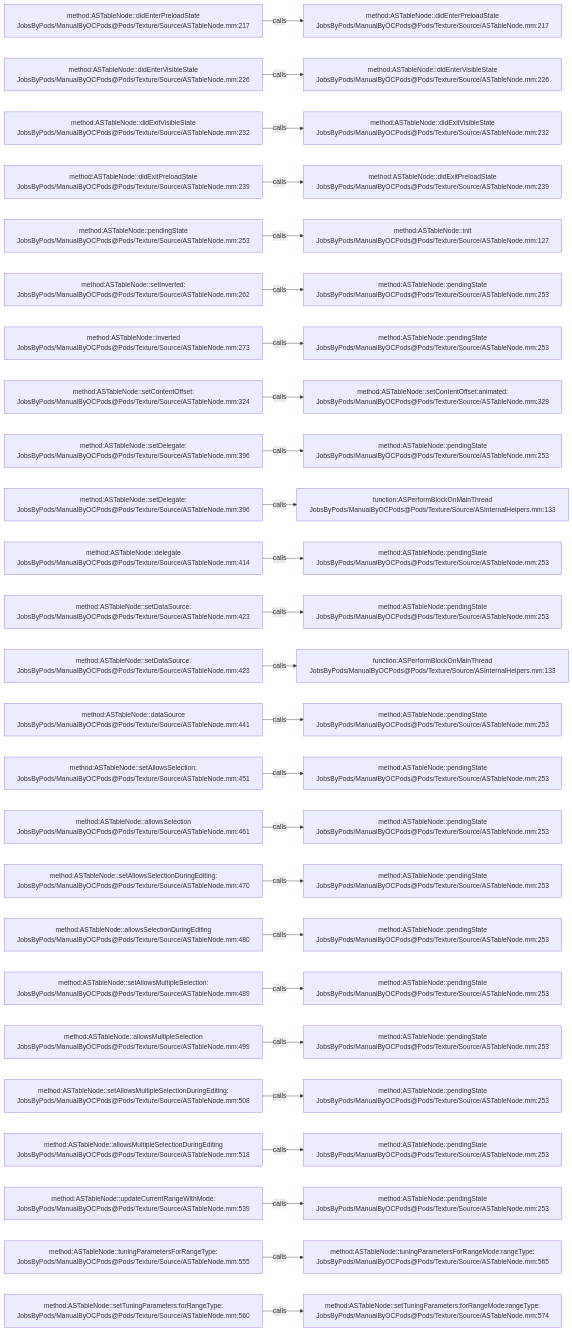
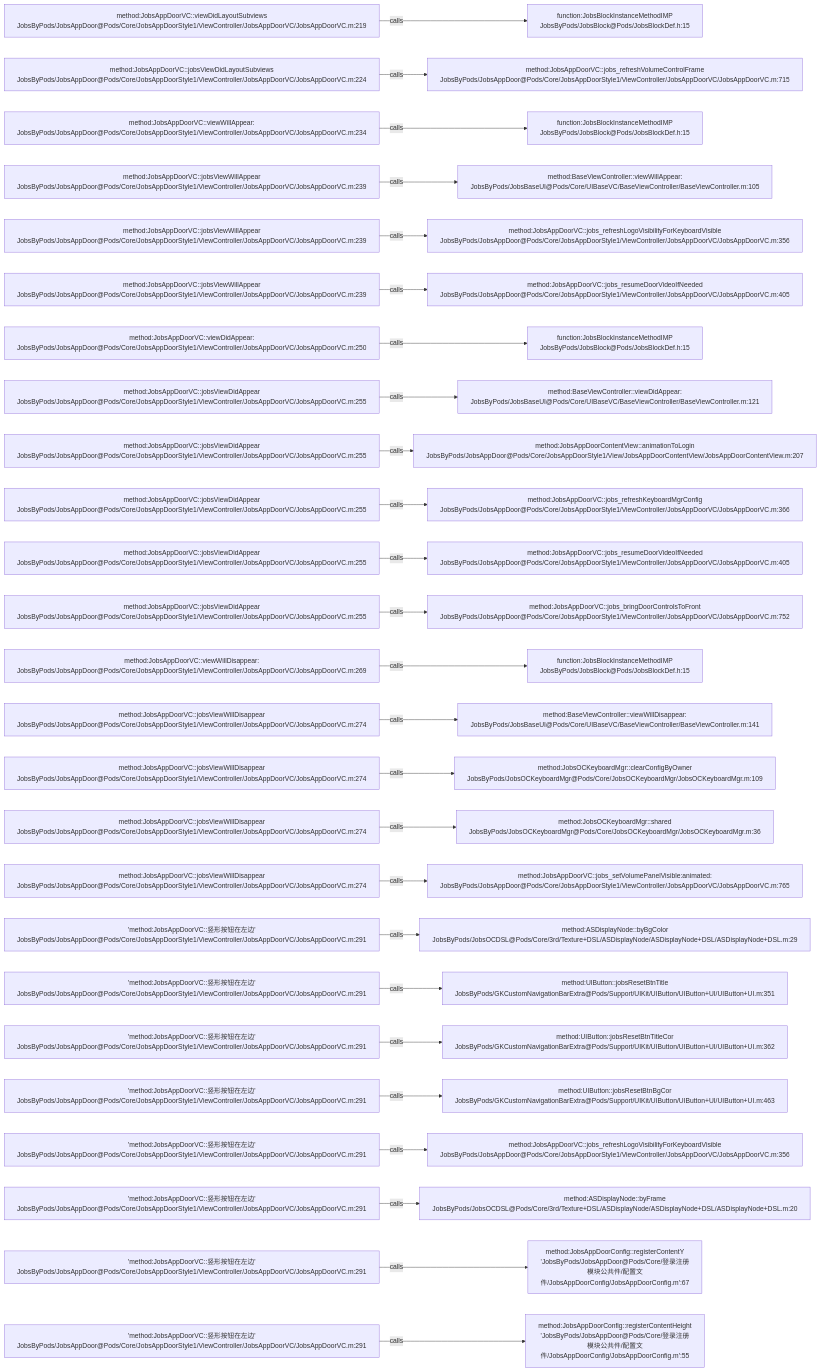
The diagram in .codegraph/codegraph.md/graphs/calls-108.md (JobsKits/JobsOCBaseConfigDemo), drawn with Mermaid before and after one commit. The commit also changed 768 other files, not shown here.

````diff
--- a/.codegraph/codegraph.md/graphs/calls-108.md
+++ b/.codegraph/codegraph.md/graphs/calls-108.md
@@ -13,78 +13,78 @@
 ```mermaid
 flowchart LR
-  S1["method:ASTableNode::didEnterPreloadState<br/>JobsByPods/ManualByOCPods@Pods/Texture/Source/ASTableNode.mm:217"]
-  T1["method:ASTableNode::didEnterPreloadState<br/>JobsByPods/ManualByOCPods@Pods/Texture/Source/ASTableNode.mm:217"]
+  S1["method:JobsAppDoorVC::viewDidLayoutSubviews<br/>JobsByPods/JobsAppDoor@Pods/Core/JobsAppDoorStyle1/ViewController/JobsAppDoorVC/JobsAppDoorVC.m:219"]
+  T1["function:JobsBlockInstanceMethodIMP<br/>JobsByPods/JobsBlock@Pods/JobsBlockDef.h:15"]
   S1 -->|calls| T1
-  S2["method:ASTableNode::didEnterVisibleState<br/>JobsByPods/ManualByOCPods@Pods/Texture/Source/ASTableNode.mm:226"]
-  T2["method:ASTableNode::didEnterVisibleState<br/>JobsByPods/ManualByOCPods@Pods/Texture/Source/ASTableNode.mm:226"]
+  S2["method:JobsAppDoorVC::jobsViewDidLayoutSubviews<br/>JobsByPods/JobsAppDoor@Pods/Core/JobsAppDoorStyle1/ViewController/JobsAppDoorVC/JobsAppDoorVC.m:224"]
+  T2["method:JobsAppDoorVC::jobs_refreshVolumeControlFrame<br/>JobsByPods/JobsAppDoor@Pods/Core/JobsAppDoorStyle1/ViewController/JobsAppDoorVC/JobsAppDoorVC.m:715"]
   S2 -->|calls| T2
-  S3["method:ASTableNode::didExitVisibleState<br/>JobsByPods/ManualByOCPods@Pods/Texture/Source/ASTableNode.mm:232"]
-  T3["method:ASTableNode::didExitVisibleState<br/>JobsByPods/ManualByOCPods@Pods/Texture/Source/ASTableNode.mm:232"]
+  S3["method:JobsAppDoorVC::viewWillAppear:<br/>JobsByPods/JobsAppDoor@Pods/Core/JobsAppDoorStyle1/ViewController/JobsAppDoorVC/JobsAppDoorVC.m:234"]
+  T3["function:JobsBlockInstanceMethodIMP<br/>JobsByPods/JobsBlock@Pods/JobsBlockDef.h:15"]
   S3 -->|calls| T3
-  S4["method:ASTableNode::didExitPreloadState<br/>JobsByPods/ManualByOCPods@Pods/Texture/Source/ASTableNode.mm:239"]
-  T4["method:ASTableNode::didExitPreloadState<br/>JobsByPods/ManualByOCPods@Pods/Texture/Source/ASTableNode.mm:239"]
+  S4["method:JobsAppDoorVC::jobsViewWillAppear<br/>JobsByPods/JobsAppDoor@Pods/Core/JobsAppDoorStyle1/ViewController/JobsAppDoorVC/JobsAppDoorVC.m:239"]
+  T4["method:BaseViewController::viewWillAppear:<br/>JobsByPods/JobsBaseUI@Pods/Core/UIBaseVC/BaseViewController/BaseViewController.m:105"]
   S4 -->|calls| T4
-  S5["method:ASTableNode::pendingState<br/>JobsByPods/ManualByOCPods@Pods/Texture/Source/ASTableNode.mm:253"]
-  T5["method:ASTableNode::init<br/>JobsByPods/ManualByOCPods@Pods/Texture/Source/ASTableNode.mm:127"]
+  S5["method:JobsAppDoorVC::jobsViewWillAppear<br/>JobsByPods/JobsAppDoor@Pods/Core/JobsAppDoorStyle1/ViewController/JobsAppDoorVC/JobsAppDoorVC.m:239"]
+  T5["method:JobsAppDoorVC::jobs_refreshLogoVisibilityForKeyboardVisible<br/>JobsByPods/JobsAppDoor@Pods/Core/JobsAppDoorStyle1/ViewController/JobsAppDoorVC/JobsAppDoorVC.m:356"]
   S5 -->|calls| T5
-  S6["method:ASTableNode::setInverted:<br/>JobsByPods/ManualByOCPods@Pods/Texture/Source/ASTableNode.mm:262"]
-  T6["method:ASTableNode::pendingState<br/>JobsByPods/ManualByOCPods@Pods/Texture/Source/ASTableNode.mm:253"]
+  S6["method:JobsAppDoorVC::jobsViewWillAppear<br/>JobsByPods/JobsAppDoor@Pods/Core/JobsAppDoorStyle1/ViewController/JobsAppDoorVC/JobsAppDoorVC.m:239"]
+  T6["method:JobsAppDoorVC::jobs_resumeDoorVideoIfNeeded<br/>JobsByPods/JobsAppDoor@Pods/Core/JobsAppDoorStyle1/ViewController/JobsAppDoorVC/JobsAppDoorVC.m:405"]
   S6 -->|calls| T6
-  S7["method:ASTableNode::inverted<br/>JobsByPods/ManualByOCPods@Pods/Texture/Source/ASTableNode.mm:273"]
-  T7["method:ASTableNode::pendingState<br/>JobsByPods/ManualByOCPods@Pods/Texture/Source/ASTableNode.mm:253"]
+  S7["method:JobsAppDoorVC::viewDidAppear:<br/>JobsByPods/JobsAppDoor@Pods/Core/JobsAppDoorStyle1/ViewController/JobsAppDoorVC/JobsAppDoorVC.m:250"]
+  T7["function:JobsBlockInstanceMethodIMP<br/>JobsByPods/JobsBlock@Pods/JobsBlockDef.h:15"]
   S7 -->|calls| T7
-  S8["method:ASTableNode::setContentOffset:<br/>JobsByPods/ManualByOCPods@Pods/Texture/Source/ASTableNode.mm:324"]
-  T8["method:ASTableNode::setContentOffset:animated:<br/>JobsByPods/ManualByOCPods@Pods/Texture/Source/ASTableNode.mm:329"]
+  S8["method:JobsAppDoorVC::jobsViewDidAppear<br/>JobsByPods/JobsAppDoor@Pods/Core/JobsAppDoorStyle1/ViewController/JobsAppDoorVC/JobsAppDoorVC.m:255"]
+  T8["method:BaseViewController::viewDidAppear:<br/>JobsByPods/JobsBaseUI@Pods/Core/UIBaseVC/BaseViewController/BaseViewController.m:121"]
   S8 -->|calls| T8
-  S9["method:ASTableNode::setDelegate:<br/>JobsByPods/ManualByOCPods@Pods/Texture/Source/ASTableNode.mm:396"]
-  T9["method:ASTableNode::pendingState<br/>JobsByPods/ManualByOCPods@Pods/Texture/Source/ASTableNode.mm:253"]
+  S9["method:JobsAppDoorVC::jobsViewDidAppear<br/>JobsByPods/JobsAppDoor@Pods/Core/JobsAppDoorStyle1/ViewController/JobsAppDoorVC/JobsAppDoorVC.m:255"]
+  T9["method:JobsAppDoorContentView::animationToLogin<br/>JobsByPods/JobsAppDoor@Pods/Core/JobsAppDoorStyle1/View/JobsAppDoorContentView/JobsAppDoorContentView.m:207"]
   S9 -->|calls| T9
-  S10["method:ASTableNode::setDelegate:<br/>JobsByPods/ManualByOCPods@Pods/Texture/Source/ASTableNode.mm:396"]
-  T10["function:ASPerformBlockOnMainThread<br/>JobsByPods/ManualByOCPods@Pods/Texture/Source/ASInternalHelpers.mm:133"]
+  S10["method:JobsAppDoorVC::jobsViewDidAppear<br/>JobsByPods/JobsAppDoor@Pods/Core/JobsAppDoorStyle1/ViewController/JobsAppDoorVC/JobsAppDoorVC.m:255"]
+  T10["method:JobsAppDoorVC::jobs_refreshKeyboardMgrConfig<br/>JobsByPods/JobsAppDoor@Pods/Core/JobsAppDoorStyle1/ViewController/JobsAppDoorVC/JobsAppDoorVC.m:366"]
   S10 -->|calls| T10
-  S11["method:ASTableNode::delegate<br/>JobsByPods/ManualByOCPods@Pods/Texture/Source/ASTableNode.mm:414"]
-  T11["method:ASTableNode::pendingState<br/>JobsByPods/ManualByOCPods@Pods/Texture/Source/ASTableNode.mm:253"]
+  S11["method:JobsAppDoorVC::jobsViewDidAppear<br/>JobsByPods/JobsAppDoor@Pods/Core/JobsAppDoorStyle1/ViewController/JobsAppDoorVC/JobsAppDoorVC.m:255"]
+  T11["method:JobsAppDoorVC::jobs_resumeDoorVideoIfNeeded<br/>JobsByPods/JobsAppDoor@Pods/Core/JobsAppDoorStyle1/ViewController/JobsAppDoorVC/JobsAppDoorVC.m:405"]
   S11 -->|calls| T11
-  S12["method:ASTableNode::setDataSource:<br/>JobsByPods/ManualByOCPods@Pods/Texture/Source/ASTableNode.mm:423"]
-  T12["method:ASTableNode::pendingState<br/>JobsByPods/ManualByOCPods@Pods/Texture/Source/ASTableNode.mm:253"]
+  S12["method:JobsAppDoorVC::jobsViewDidAppear<br/>JobsByPods/JobsAppDoor@Pods/Core/JobsAppDoorStyle1/ViewController/JobsAppDoorVC/JobsAppDoorVC.m:255"]
+  T12["method:JobsAppDoorVC::jobs_bringDoorControlsToFront<br/>JobsByPods/JobsAppDoor@Pods/Core/JobsAppDoorStyle1/ViewController/JobsAppDoorVC/JobsAppDoorVC.m:752"]
   S12 -->|calls| T12
-  S13["method:ASTableNode::setDataSource:<br/>JobsByPods/ManualByOCPods@Pods/Texture/Source/ASTableNode.mm:423"]
-  T13["function:ASPerformBlockOnMainThread<br/>JobsByPods/ManualByOCPods@Pods/Texture/Source/ASInternalHelpers.mm:133"]
+  S13["method:JobsAppDoorVC::viewWillDisappear:<br/>JobsByPods/JobsAppDoor@Pods/Core/JobsAppDoorStyle1/ViewController/JobsAppDoorVC/JobsAppDoorVC.m:269"]
+  T13["function:JobsBlockInstanceMethodIMP<br/>JobsByPods/JobsBlock@Pods/JobsBlockDef.h:15"]
   S13 -->|calls| T13
-  S14["method:ASTableNode::dataSource<br/>JobsByPods/ManualByOCPods@Pods/Texture/Source/ASTableNode.mm:441"]
-  T14["method:ASTableNode::pendingState<br/>JobsByPods/ManualByOCPods@Pods/Texture/Source/ASTableNode.mm:253"]
+  S14["method:JobsAppDoorVC::jobsViewWillDisappear<br/>JobsByPods/JobsAppDoor@Pods/Core/JobsAppDoorStyle1/ViewController/JobsAppDoorVC/JobsAppDoorVC.m:274"]
+  T14["method:BaseViewController::viewWillDisappear:<br/>JobsByPods/JobsBaseUI@Pods/Core/UIBaseVC/BaseViewController/BaseViewController.m:141"]
   S14 -->|calls| T14
-  S15["method:ASTableNode::setAllowsSelection:<br/>JobsByPods/ManualByOCPods@Pods/Texture/Source/ASTableNode.mm:451"]
-  T15["method:ASTableNode::pendingState<br/>JobsByPods/ManualByOCPods@Pods/Texture/Source/ASTableNode.mm:253"]
+  S15["method:JobsAppDoorVC::jobsViewWillDisappear<br/>JobsByPods/JobsAppDoor@Pods/Core/JobsAppDoorStyle1/ViewController/JobsAppDoorVC/JobsAppDoorVC.m:274"]
+  T15["method:JobsOCKeyboardMgr::clearConfigByOwner<br/>JobsByPods/JobsOCKeyboardMgr@Pods/Core/JobsOCKeyboardMgr/JobsOCKeyboardMgr.m:109"]
   S15 -->|calls| T15
-  S16["method:ASTableNode::allowsSelection<br/>JobsByPods/ManualByOCPods@Pods/Texture/Source/ASTableNode.mm:461"]
-  T16["method:ASTableNode::pendingState<br/>JobsByPods/ManualByOCPods@Pods/Texture/Source/ASTableNode.mm:253"]
+  S16["method:JobsAppDoorVC::jobsViewWillDisappear<br/>JobsByPods/JobsAppDoor@Pods/Core/JobsAppDoorStyle1/ViewController/JobsAppDoorVC/JobsAppDoorVC.m:274"]
+  T16["method:JobsOCKeyboardMgr::shared<br/>JobsByPods/JobsOCKeyboardMgr@Pods/Core/JobsOCKeyboardMgr/JobsOCKeyboardMgr.m:36"]
   S16 -->|calls| T16
-  S17["method:ASTableNode::setAllowsSelectionDuringEditing:<br/>JobsByPods/ManualByOCPods@Pods/Texture/Source/ASTableNode.mm:470"]
-  T17["method:ASTableNode::pendingState<br/>JobsByPods/ManualByOCPods@Pods/Texture/Source/ASTableNode.mm:253"]
+  S17["method:JobsAppDoorVC::jobsViewWillDisappear<br/>JobsByPods/JobsAppDoor@Pods/Core/JobsAppDoorStyle1/ViewController/JobsAppDoorVC/JobsAppDoorVC.m:274"]
+  T17["method:JobsAppDoorVC::jobs_setVolumePanelVisible:animated:<br/>JobsByPods/JobsAppDoor@Pods/Core/JobsAppDoorStyle1/ViewController/JobsAppDoorVC/JobsAppDoorVC.m:765"]
   S17 -->|calls| T17
-  S18["method:ASTableNode::allowsSelectionDuringEditing<br/>JobsByPods/ManualByOCPods@Pods/Texture/Source/ASTableNode.mm:480"]
-  T18["method:ASTableNode::pendingState<br/>JobsByPods/ManualByOCPods@Pods/Texture/Source/ASTableNode.mm:253"]
+  S18["'method:JobsAppDoorVC::竖形按钮在左边'<br/>JobsByPods/JobsAppDoor@Pods/Core/JobsAppDoorStyle1/ViewController/JobsAppDoorVC/JobsAppDoorVC.m:291"]
+  T18["method:ASDisplayNode::byBgColor<br/>JobsByPods/JobsOCDSL@Pods/Core/3rd/Texture+DSL/ASDisplayNode/ASDisplayNode+DSL/ASDisplayNode+DSL.m:29"]
   S18 -->|calls| T18
-  S19["method:ASTableNode::setAllowsMultipleSelection:<br/>JobsByPods/ManualByOCPods@Pods/Texture/Source/ASTableNode.mm:489"]
-  T19["method:ASTableNode::pendingState<br/>JobsByPods/ManualByOCPods@Pods/Texture/Source/ASTableNode.mm:253"]
+  S19["'method:JobsAppDoorVC::竖形按钮在左边'<br/>JobsByPods/JobsAppDoor@Pods/Core/JobsAppDoorStyle1/ViewController/JobsAppDoorVC/JobsAppDoorVC.m:291"]
+  T19["method:UIButton::jobsResetBtnTitle<br/>JobsByPods/GKCustomNavigationBarExtra@Pods/Support/UIKit/UIButton/UIButton+UI/UIButton+UI.m:351"]
   S19 -->|calls| T19
-  S20["method:ASTableNode::allowsMultipleSelection<br/>JobsByPods/ManualByOCPods@Pods/Texture/Source/ASTableNode.mm:499"]
-  T20["method:ASTableNode::pendingState<br/>JobsByPods/ManualByOCPods@Pods/Texture/Source/ASTableNode.mm:253"]
+  S20["'method:JobsAppDoorVC::竖形按钮在左边'<br/>JobsByPods/JobsAppDoor@Pods/Core/JobsAppDoorStyle1/ViewController/JobsAppDoorVC/JobsAppDoorVC.m:291"]
+  T20["method:UIButton::jobsResetBtnTitleCor<br/>JobsByPods/GKCustomNavigationBarExtra@Pods/Support/UIKit/UIButton/UIButton+UI/UIButton+UI.m:362"]
   S20 -->|calls| T20
-  S21["method:ASTableNode::setAllowsMultipleSelectionDuringEditing:<br/>JobsByPods/ManualByOCPods@Pods/Texture/Source/ASTableNode.mm:508"]
-  T21["method:ASTableNode::pendingState<br/>JobsByPods/ManualByOCPods@Pods/Texture/Source/ASTableNode.mm:253"]
+  S21["'method:JobsAppDoorVC::竖形按钮在左边'<br/>JobsByPods/JobsAppDoor@Pods/Core/JobsAppDoorStyle1/ViewController/JobsAppDoorVC/JobsAppDoorVC.m:291"]
+  T21["method:UIButton::jobsResetBtnBgCor<br/>JobsByPods/GKCustomNavigationBarExtra@Pods/Support/UIKit/UIButton/UIButton+UI/UIButton+UI.m:463"]
   S21 -->|calls| T21
-  S22["method:ASTableNode::allowsMultipleSelectionDuringEditing<br/>JobsByPods/ManualByOCPods@Pods/Texture/Source/ASTableNode.mm:518"]
-  T22["method:ASTableNode::pendingState<br/>JobsByPods/ManualByOCPods@Pods/Texture/Source/ASTableNode.mm:253"]
+  S22["'method:JobsAppDoorVC::竖形按钮在左边'<br/>JobsByPods/JobsAppDoor@Pods/Core/JobsAppDoorStyle1/ViewController/JobsAppDoorVC/JobsAppDoorVC.m:291"]
+  T22["method:JobsAppDoorVC::jobs_refreshLogoVisibilityForKeyboardVisible<br/>JobsByPods/JobsAppDoor@Pods/Core/JobsAppDoorStyle1/ViewController/JobsAppDoorVC/JobsAppDoorVC.m:356"]
   S22 -->|calls| T22
-  S23["method:ASTableNode::updateCurrentRangeWithMode:<br/>JobsByPods/ManualByOCPods@Pods/Texture/Source/ASTableNode.mm:539"]
-  T23["method:ASTableNode::pendingState<br/>JobsByPods/ManualByOCPods@Pods/Texture/Source/ASTableNode.mm:253"]
+  S23["'method:JobsAppDoorVC::竖形按钮在左边'<br/>JobsByPods/JobsAppDoor@Pods/Core/JobsAppDoorStyle1/ViewController/JobsAppDoorVC/JobsAppDoorVC.m:291"]
+  T23["method:ASDisplayNode::byFrame<br/>JobsByPods/JobsOCDSL@Pods/Core/3rd/Texture+DSL/ASDisplayNode/ASDisplayNode+DSL/ASDisplayNode+DSL.m:20"]
   S23 -->|calls| T23
-  S24["method:ASTableNode::tuningParametersForRangeType:<br/>JobsByPods/ManualByOCPods@Pods/Texture/Source/ASTableNode.mm:555"]
-  T24["method:ASTableNode::tuningParametersForRangeMode:rangeType:<br/>JobsByPods/ManualByOCPods@Pods/Texture/Source/ASTableNode.mm:565"]
+  S24["'method:JobsAppDoorVC::竖形按钮在左边'<br/>JobsByPods/JobsAppDoor@Pods/Core/JobsAppDoorStyle1/ViewController/JobsAppDoorVC/JobsAppDoorVC.m:291"]
+  T24["method:JobsAppDoorConfig::registerContentY<br/>'JobsByPods/JobsAppDoor@Pods/Core/登录注册模块公共件/配置文件/JobsAppDoorConfig/JobsAppDoorConfig.m':67"]
   S24 -->|calls| T24
-  S25["method:ASTableNode::setTuningParameters:forRangeType:<br/>JobsByPods/ManualByOCPods@Pods/Texture/Source/ASTableNode.mm:560"]
-  T25["method:ASTableNode::setTuningParameters:forRangeMode:rangeType:<br/>JobsByPods/ManualByOCPods@Pods/Texture/Source/ASTableNode.mm:574"]
+  S25["'method:JobsAppDoorVC::竖形按钮在左边'<br/>JobsByPods/JobsAppDoor@Pods/Core/JobsAppDoorStyle1/ViewController/JobsAppDoorVC/JobsAppDoorVC.m:291"]
+  T25["method:JobsAppDoorConfig::registerContentHeight<br/>'JobsByPods/JobsAppDoor@Pods/Core/登录注册模块公共件/配置文件/JobsAppDoorConfig/JobsAppDoorConfig.m':55"]
   S25 -->|calls| T25
 ```
````
